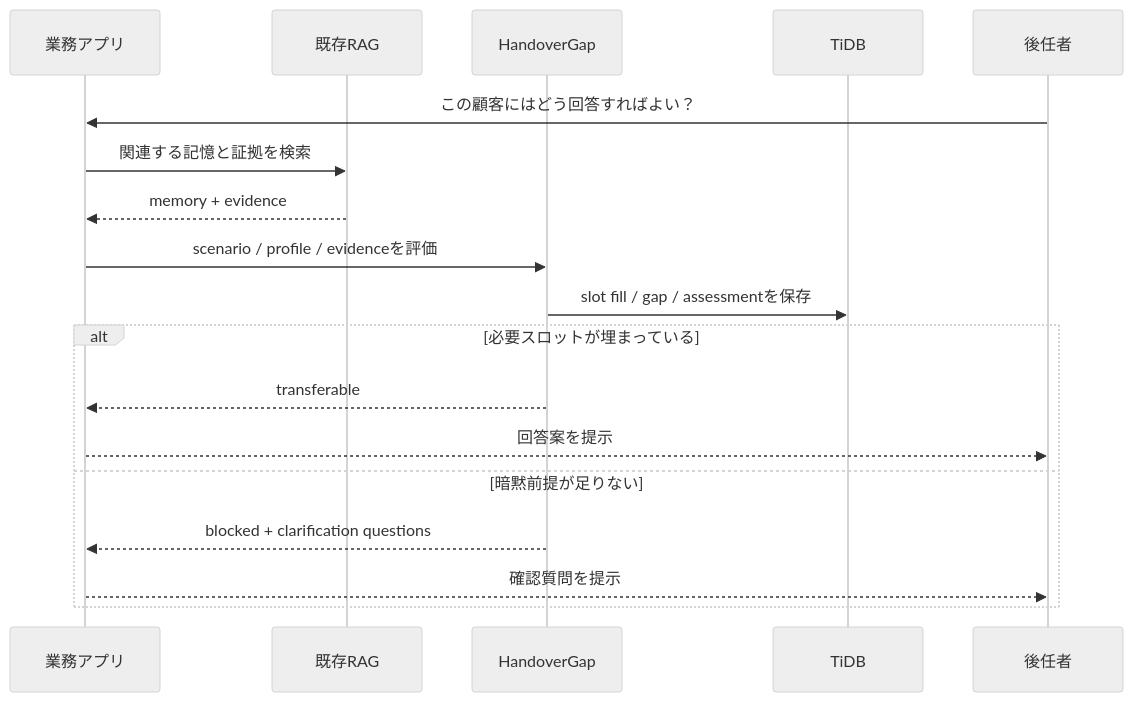
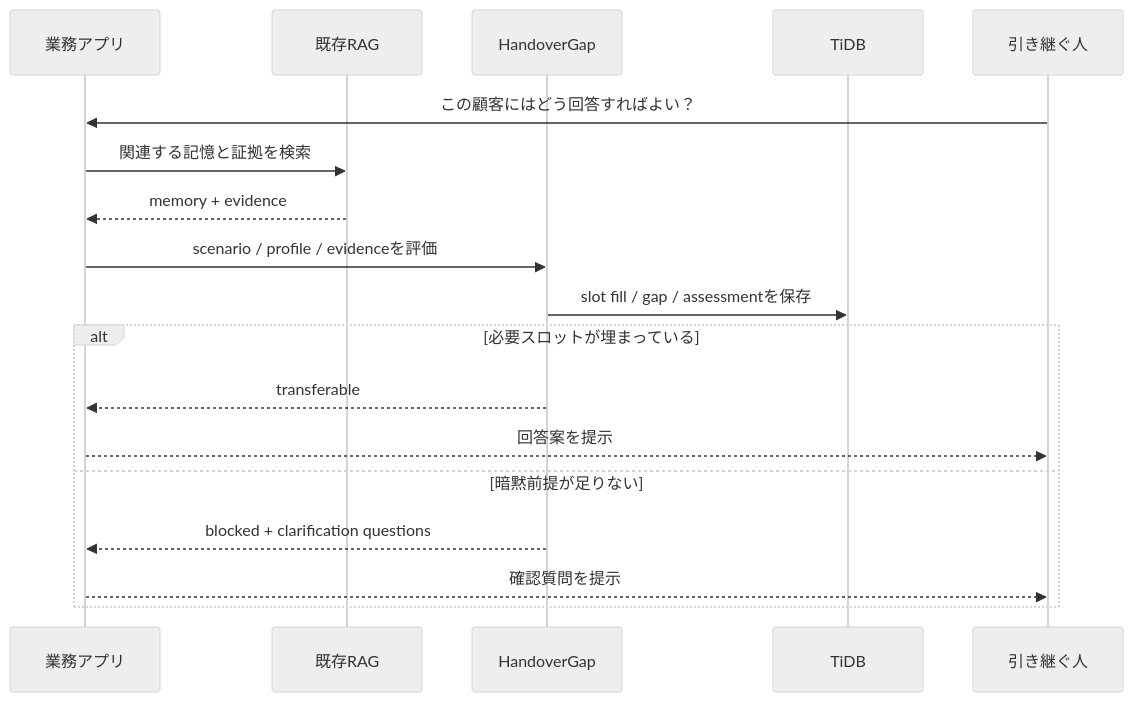
The third of 3 diagrams in articles/handovergap-rag-tidb.md (masanori0209/m-zenn-dev), drawn with Mermaid (neutral theme) before and after one commit. The commit also changed other lines of this file, not shown here.

````diff
--- a/articles/handovergap-rag-tidb.md
+++ b/articles/handovergap-rag-tidb.md
@@ -191,21 +191,21 @@
 ```mermaid
 sequenceDiagram
     participant App as 業務アプリ
     participant RAG as 既存RAG
     participant HG as HandoverGap
     participant DB as TiDB
-    participant User as 後任者
+    participant User as 引き継ぐ人
 
     User->>App: この顧客にはどう回答すればよい？
     App->>RAG: 関連する記憶と証拠を検索
     RAG-->>App: memory + evidence
     App->>HG: scenario / profile / evidenceを評価
     HG->>DB: slot fill / gap / assessmentを保存
     alt 必要スロットが埋まっている
         HG-->>App: transferable
         App-->>User: 回答案を提示
     else 暗黙前提が足りない
         HG-->>App: blocked + clarification questions
         App-->>User: 確認質問を提示
     end
 ```
````
